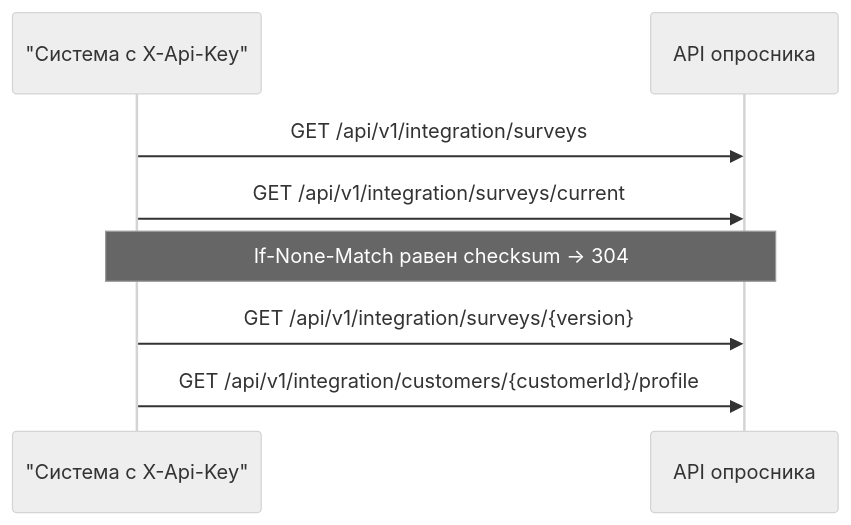
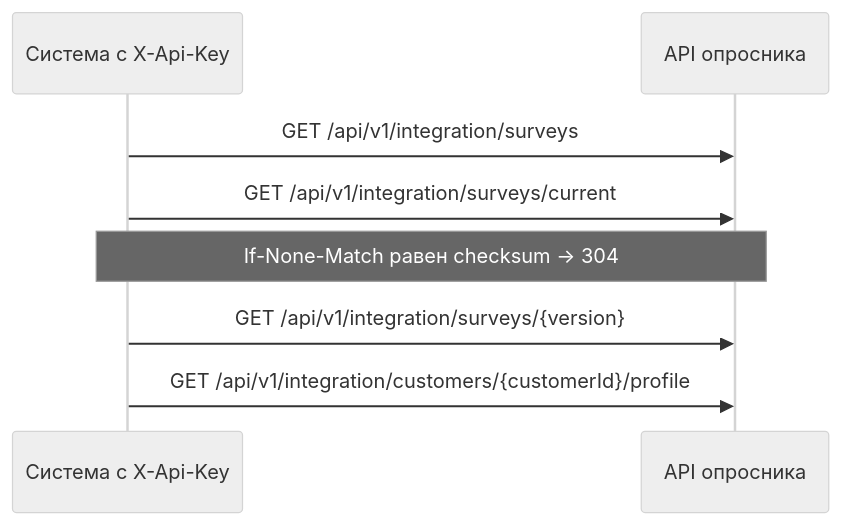
One commit to pomazkoff/idb-beauty-passport changed the fourth of 5 diagrams in docs/API.md. Above: the diagram before and after it, drawn with Mermaid (neutral theme). The commit also changed other lines of this file, not shown here.

Commit message:
docs: починить mermaid в API.md
Точка с запятой в note обрывала диаграмму фронта ЛК.
Подпись участника с X-Api-Key больше не рисуется в кавычках.

````diff
--- a/docs/API.md
+++ b/docs/API.md
@@ -274,11 +274,11 @@
 ```mermaid
 sequenceDiagram
-  participant S as "Система с X-Api-Key"
+  participant S as Система с X-Api-Key
   participant API as API опросника
 
   S->>API: GET /api/v1/integration/surveys
   S->>API: GET /api/v1/integration/surveys/current
   Note over S,API: If-None-Match равен checksum → 304
   S->>API: GET /api/v1/integration/surveys/{version}
   S->>API: GET /api/v1/integration/customers/{customerId}/profile
 ```
````
